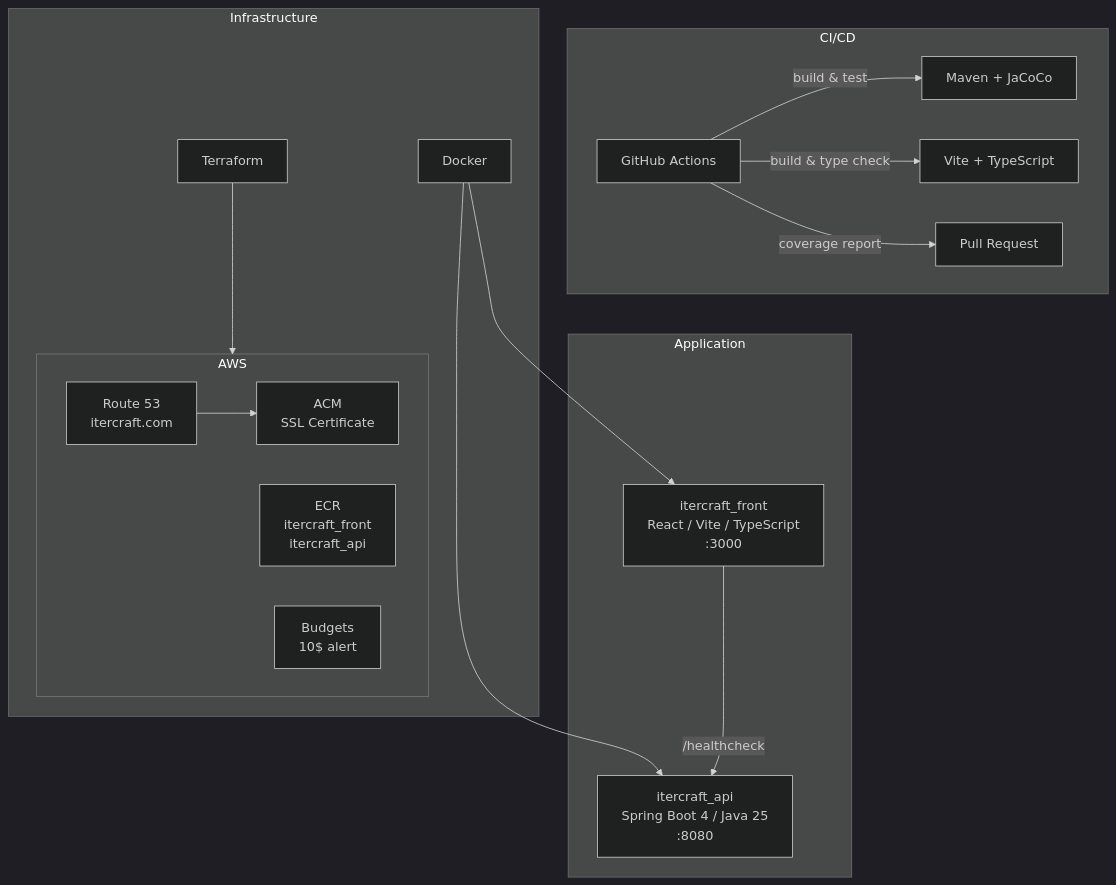
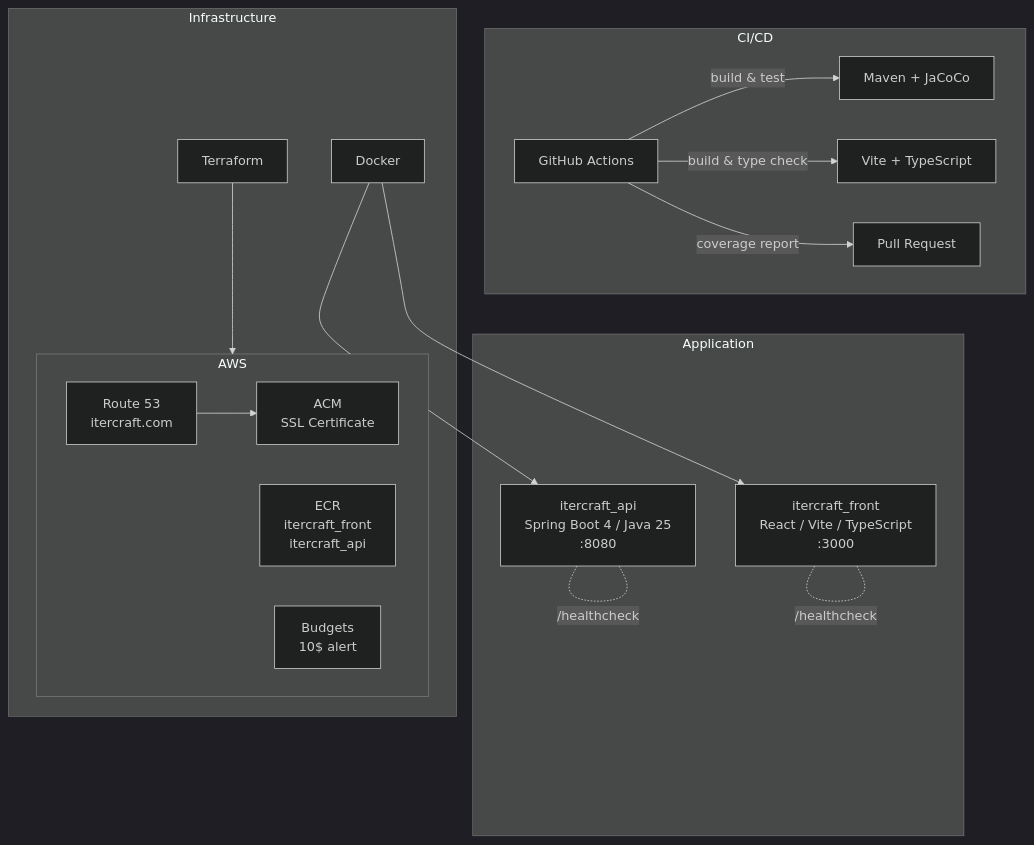
One commit to neodatsu/itercraft changed the diagram in README.md. Above: the diagram before and after it, drawn with Mermaid (dark theme). The commit also changed other lines of this file and 2 other files, not shown here.

````diff
--- a/README.md
+++ b/README.md
@@ -9,31 +9,32 @@
 ```mermaid
 graph TB
     subgraph CI/CD
         GH[GitHub Actions]
         GH -->|build & test| MVN[Maven + JaCoCo]
         GH -->|build & type check| VITE[Vite + TypeScript]
         GH -->|coverage report| PR[Pull Request]
     end
 
     subgraph AWS
         R53[Route 53<br/>itercraft.com]
         ACM[ACM<br/>SSL Certificate]
         ECR[ECR<br/>itercraft_front<br/>itercraft_api]
         BUD[Budgets<br/>10$ alert]
         R53 --> ACM
     end
 
     subgraph Application
         API[itercraft_api<br/>Spring Boot 4 / Java 25<br/>:8080]
         FRONT[itercraft_front<br/>React / Vite / TypeScript<br/>:3000]
-        FRONT -->|/healthcheck| API
+        API -.-|/healthcheck| API
+        FRONT -.-|/healthcheck| FRONT
     end
 
     subgraph Infrastructure
         TF[Terraform]
         DOCKER[Docker]
         TF --> AWS
         DOCKER --> API
         DOCKER --> FRONT
     end
 ```
````
